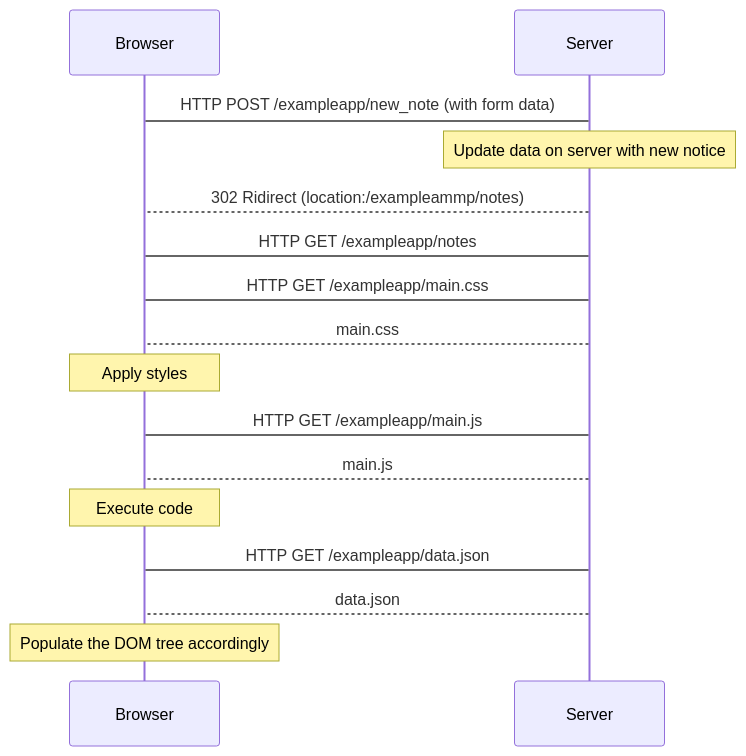
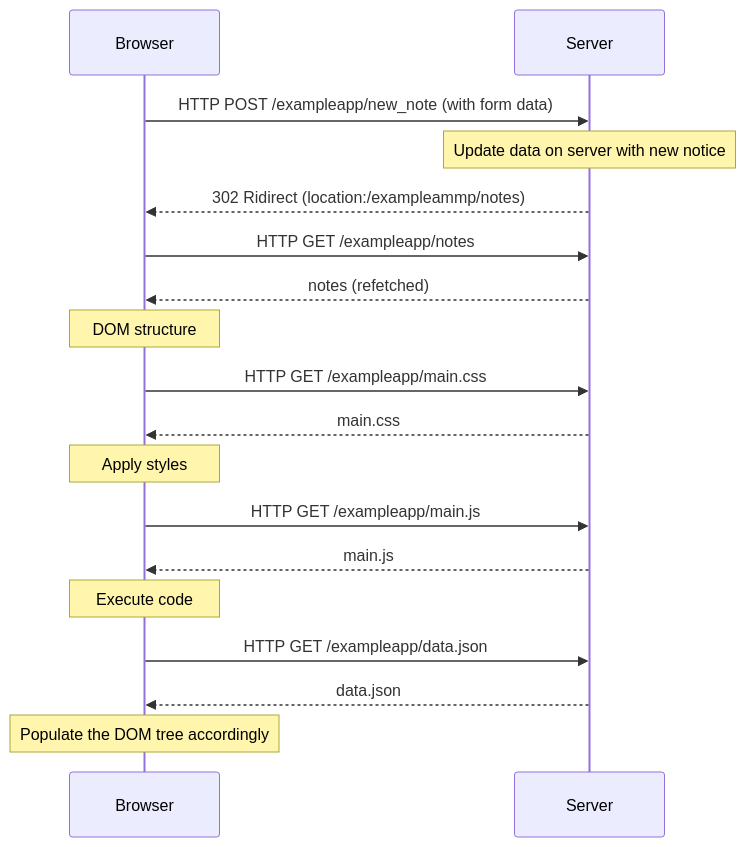
Before and after one commit to znss1989/fullstack-open: the diagram in part0/create-new-note.md, drawn with Mermaid.

Commit message:
update arrows in the diagram

````diff
--- a/part0/create-new-note.md
+++ b/part0/create-new-note.md
@@ -1,16 +1,18 @@
 ```mermaid
 sequenceDiagram
-Browser->Server: HTTP POST /exampleapp/new_note (with form data)
+Browser->>Server: HTTP POST /exampleapp/new_note (with form data)
 note over Server: Update data on server with new notice
-Server-->Browser: 302 Ridirect (location:/exampleammp/notes)
-Browser->Server: HTTP GET /exampleapp/notes
-Browser->Server: HTTP GET /exampleapp/main.css
-Server-->Browser: main.css
+Server-->>Browser: 302 Ridirect (location:/exampleammp/notes)
+Browser->>Server: HTTP GET /exampleapp/notes
+Server-->>Browser: notes (refetched)
+note over Browser: DOM structure
+Browser->>Server: HTTP GET /exampleapp/main.css
+Server-->>Browser: main.css
 note over Browser: Apply styles
-Browser->Server: HTTP GET /exampleapp/main.js
-Server-->Browser: main.js
+Browser->>Server: HTTP GET /exampleapp/main.js
+Server-->>Browser: main.js
 note over Browser: Execute code
-Browser->Server: HTTP GET /exampleapp/data.json
-Server-->Browser: data.json
+Browser->>Server: HTTP GET /exampleapp/data.json
+Server-->>Browser: data.json
 note over Browser: Populate the DOM tree accordingly
 ```
````
